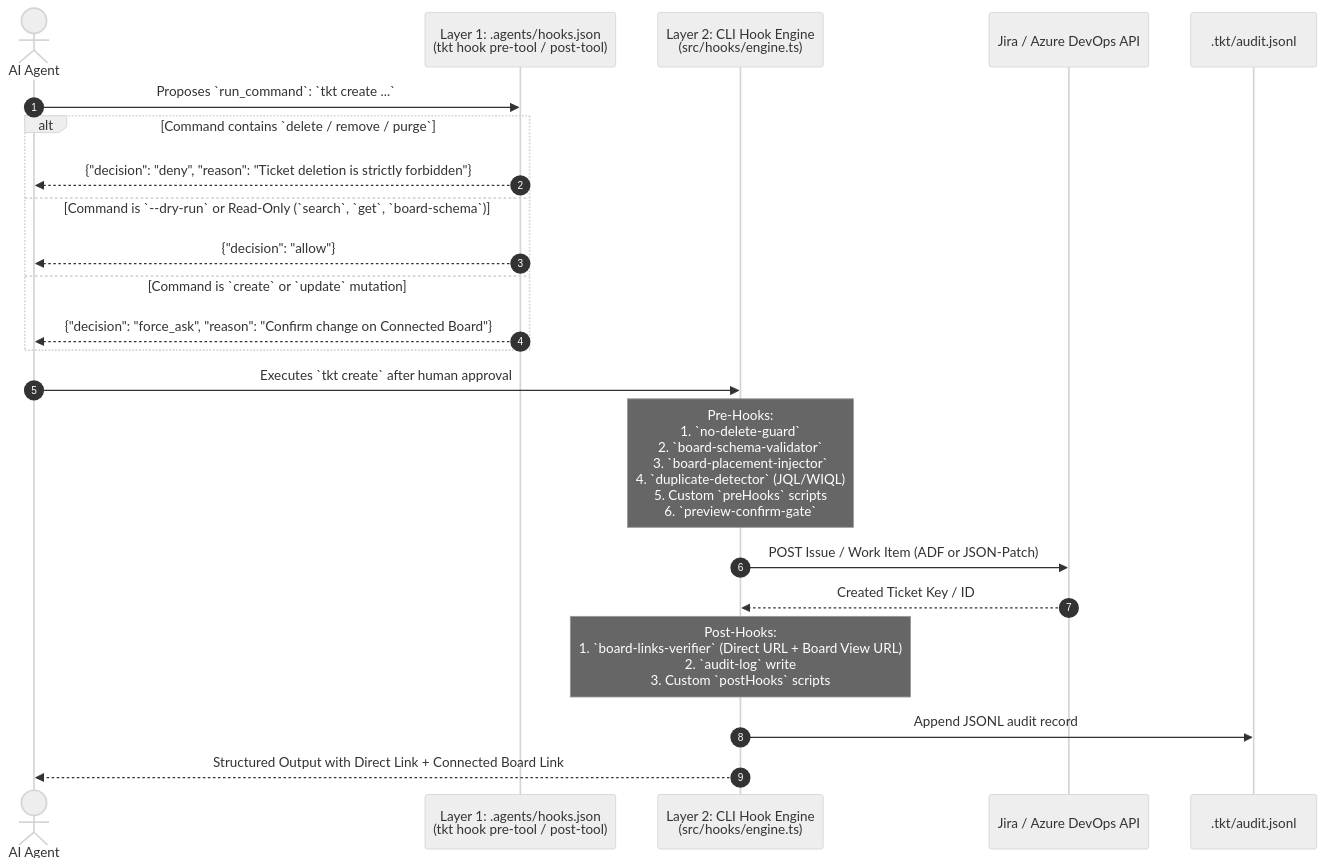
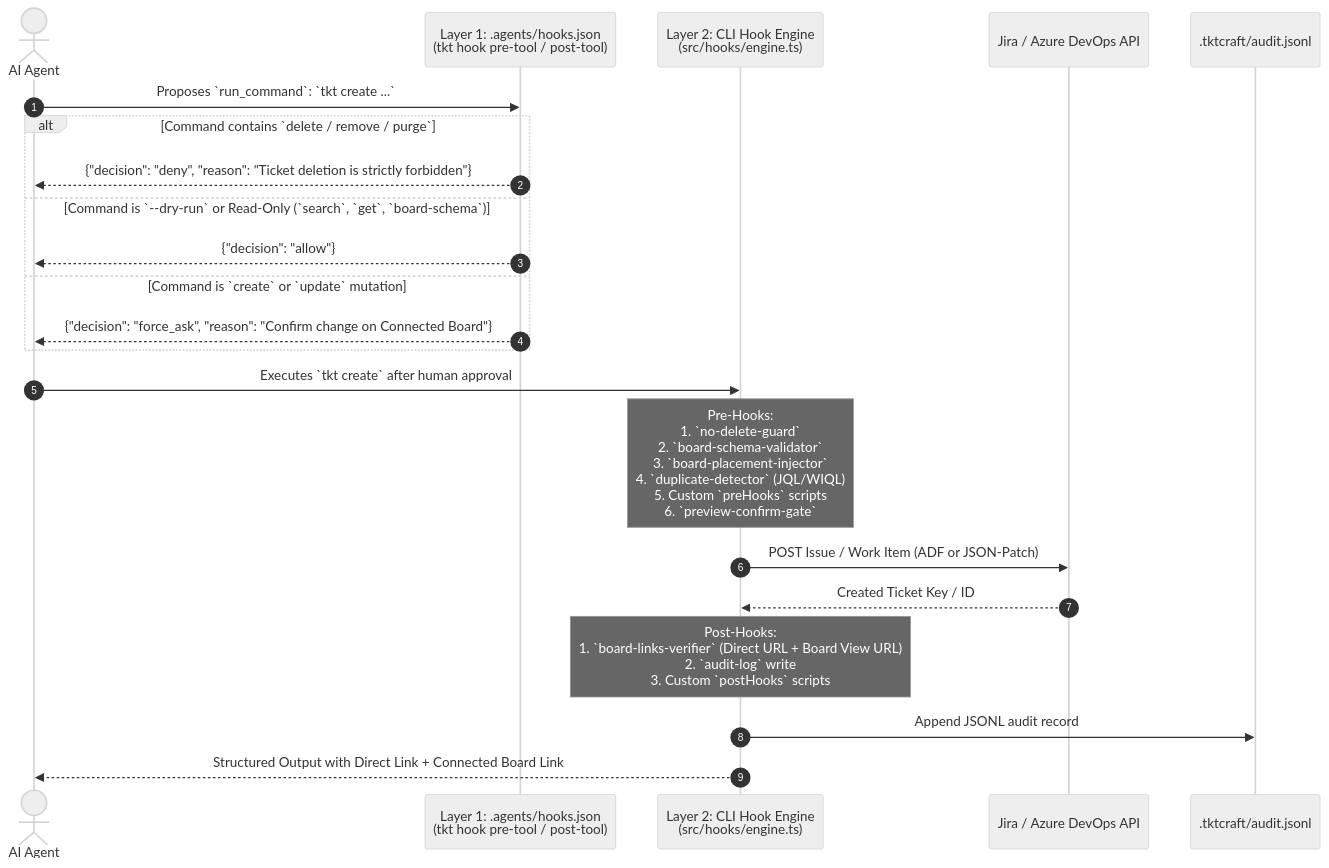
The fourth of 4 diagrams in ARCHITECTURE.md (sandrinio/tktcraft), drawn with Mermaid (neutral theme) before and after one commit. The commit also changed other lines of this file and 35 other files, not shown here.

````diff
--- a/ARCHITECTURE.md
+++ b/ARCHITECTURE.md
@@ -238,26 +238,26 @@
 ```mermaid
 sequenceDiagram
     autonumber
     actor AI as AI Agent
     participant Harness as Layer 1: .agents/hooks.json<br/>(tkt hook pre-tool / post-tool)
     participant CLI as Layer 2: CLI Hook Engine<br/>(src/hooks/engine.ts)
     participant Tracker as Jira / Azure DevOps API
-    participant Audit as .tkt/audit.jsonl
+    participant Audit as .tktcraft/audit.jsonl
 
     AI->>Harness: Proposes `run_command`: `tkt create ...`
     alt Command contains `delete / remove / purge`
         Harness-->>AI: {"decision": "deny", "reason": "Ticket deletion is strictly forbidden"}
     else Command is `--dry-run` or Read-Only (`search`, `get`, `board-schema`)
         Harness-->>AI: {"decision": "allow"}
     else Command is `create` or `update` mutation
         Harness-->>AI: {"decision": "force_ask", "reason": "Confirm change on Connected Board"}
     end
 
     AI->>CLI: Executes `tkt create` after human approval
     Note over CLI: Pre-Hooks:<br/>1. `no-delete-guard`<br/>2. `board-schema-validator`<br/>3. `board-placement-injector`<br/>4. `duplicate-detector` (JQL/WIQL)<br/>5. Custom `preHooks` scripts<br/>6. `preview-confirm-gate`
     CLI->>Tracker: POST Issue / Work Item (ADF or JSON-Patch)
     Tracker-->>CLI: Created Ticket Key / ID
     Note over CLI: Post-Hooks:<br/>1. `board-links-verifier` (Direct URL + Board View URL)<br/>2. `audit-log` write<br/>3. Custom `postHooks` scripts
     CLI->>Audit: Append JSONL audit record
     CLI-->>AI: Structured Output with Direct Link + Connected Board Link
 ```
````
